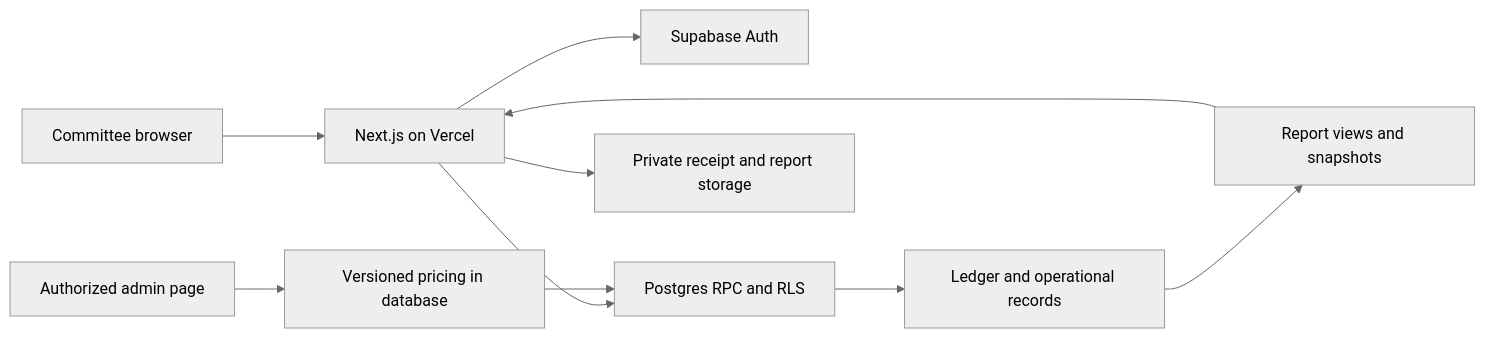
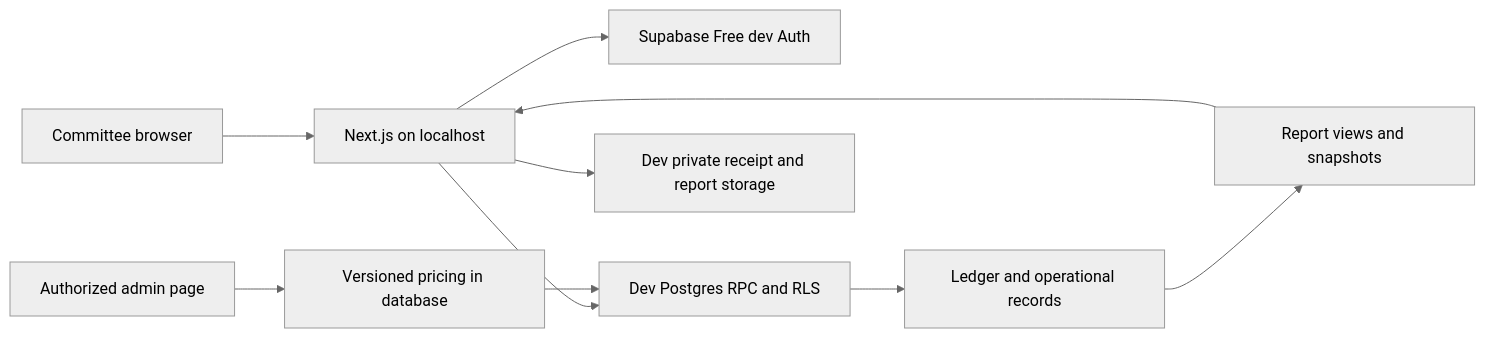
The diagram in docs/IMPLEMENTATION.md (Prishi-Enterprise/festival-management), drawn with Mermaid (neutral theme) before and after one commit. The commit also changed other lines of this file and 2 other files, not shown here.

Commit message:
docs: use Supabase Free dev and prod with local-first testing

````diff
--- a/docs/IMPLEMENTATION.md
+++ b/docs/IMPLEMENTATION.md
@@ -11,12 +11,12 @@
 ```mermaid
 flowchart LR
-  C[Committee browser] --> N[Next.js on Vercel]
-  N --> A[Supabase Auth]
-  N --> R[Postgres RPC and RLS]
-  N --> S[Private receipt and report storage]
+  C[Committee browser] --> N[Next.js on localhost]
+  N --> A[Supabase Free dev Auth]
+  N --> R[Dev Postgres RPC and RLS]
+  N --> S[Dev private receipt and report storage]
   R --> L[Ledger and operational records]
   L --> V[Report views and snapshots]
   V --> N
   O[Authorized admin page] --> P[Versioned pricing in database]
   P --> R
 ```
````
